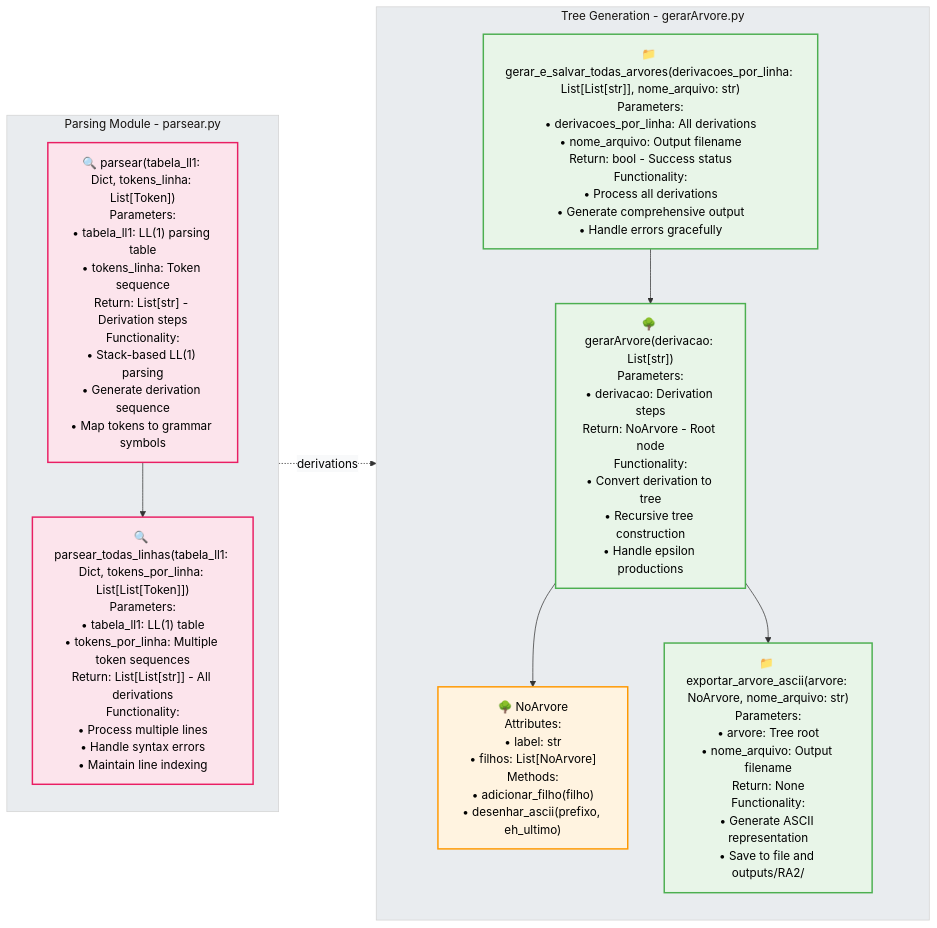
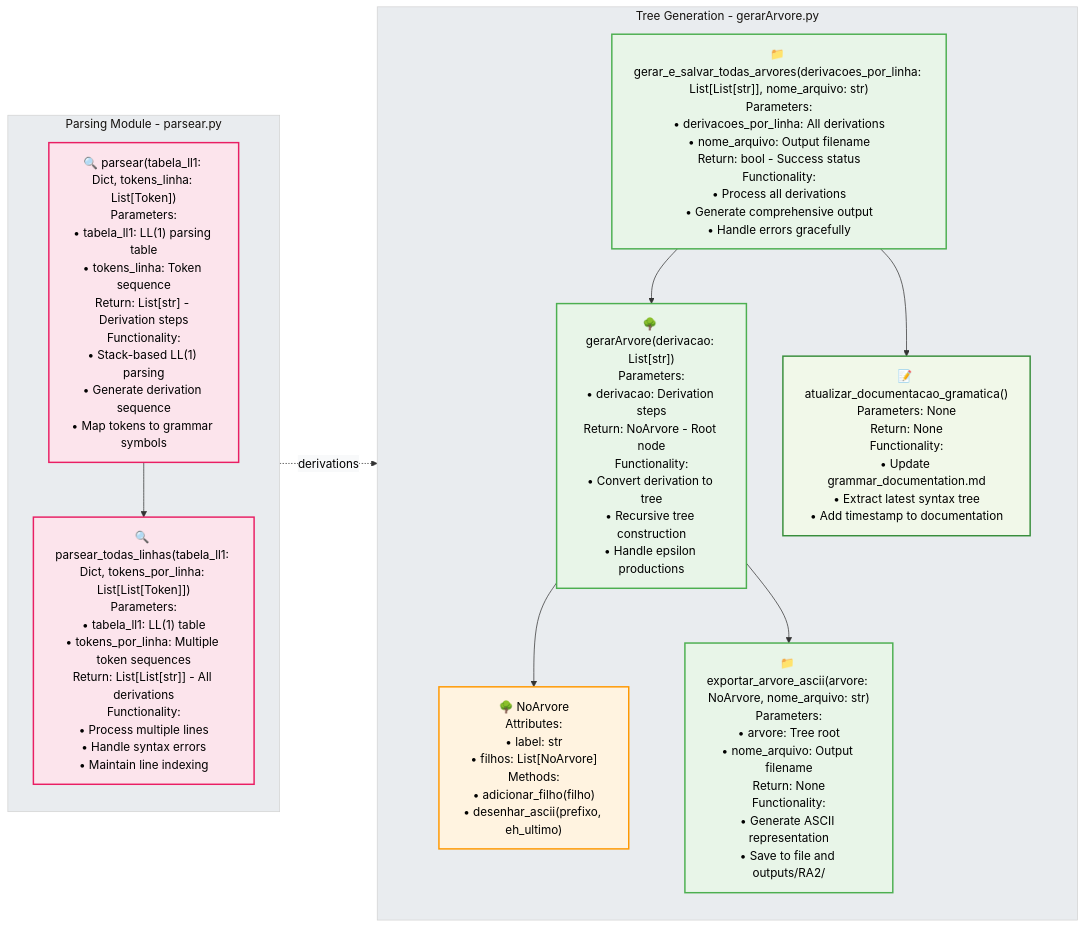
One commit to waifuisalie/RA2_1 changed the fourth of 6 diagrams in flowcharts/RA2/RA2_Function_Interfaces.md. Above: the diagram before and after it, drawn with Mermaid. The commit also changed other lines of this file and 2 other files, not shown here.

Commit message:
updating the flowcharts with the new function that updates the grammar_documentation.md

````diff
--- a/flowcharts/RA2/RA2_Function_Interfaces.md
+++ b/flowcharts/RA2/RA2_Function_Interfaces.md
@@ -170,35 +172,40 @@
 ```mermaid
 %%{init: {'theme':'base', 'themeVariables': { 'primaryColor': '#ffffff', 'primaryTextColor': '#000000', 'primaryBorderColor': '#333333', 'lineColor': '#333333', 'secondaryColor': '#f8f9fa', 'tertiaryColor': '#e9ecef'}}}%%
 graph LR
     subgraph "Parsing Module - parsear.py"
         direction TB
         A["🔍 parsear(tabela_ll1: Dict, tokens_linha: List[Token])<br/>Parameters:<br/>• tabela_ll1: LL(1) parsing table<br/>• tokens_linha: Token sequence<br/>Return: List[str] - Derivation steps<br/>Functionality:<br/>• Stack-based LL(1) parsing<br/>• Generate derivation sequence<br/>• Map tokens to grammar symbols"]
 
         B["🔍 parsear_todas_linhas(tabela_ll1: Dict, tokens_por_linha: List[List[Token]])<br/>Parameters:<br/>• tabela_ll1: LL(1) table<br/>• tokens_por_linha: Multiple token sequences<br/>Return: List[List[str]] - All derivations<br/>Functionality:<br/>• Process multiple lines<br/>• Handle syntax errors<br/>• Maintain line indexing"]
     end
 
     subgraph "Tree Generation - gerarArvore.py"
         direction TB
         C["🌳 NoArvore<br/>Attributes:<br/>• label: str<br/>• filhos: List[NoArvore]<br/>Methods:<br/>• adicionar_filho(filho)<br/>• desenhar_ascii(prefixo, eh_ultimo)"]
 
         D["🌳 gerarArvore(derivacao: List[str])<br/>Parameters:<br/>• derivacao: Derivation steps<br/>Return: NoArvore - Root node<br/>Functionality:<br/>• Convert derivation to tree<br/>• Recursive tree construction<br/>• Handle epsilon productions"]
 
         E["📁 exportar_arvore_ascii(arvore: NoArvore, nome_arquivo: str)<br/>Parameters:<br/>• arvore: Tree root<br/>• nome_arquivo: Output filename<br/>Return: None<br/>Functionality:<br/>• Generate ASCII representation<br/>• Save to file and outputs/RA2/"]
 
         F["📁 gerar_e_salvar_todas_arvores(derivacoes_por_linha: List[List[str]], nome_arquivo: str)<br/>Parameters:<br/>• derivacoes_por_linha: All derivations<br/>• nome_arquivo: Output filename<br/>Return: bool - Success status<br/>Functionality:<br/>• Process all derivations<br/>• Generate comprehensive output<br/>• Handle errors gracefully"]
+
+        G["📝 atualizar_documentacao_gramatica()<br/>Parameters: None<br/>Return: None<br/>Functionality:<br/>• Update grammar_documentation.md<br/>• Extract latest syntax tree<br/>• Add timestamp to documentation"]
     end
 
     A --> B
     D --> C
     D --> E
     F --> D
+    F --> G
     B -.->|"derivations"| F
 
     classDef parseFunc fill:#fce4ec,stroke:#e91e63,stroke-width:2px
     classDef treeFunc fill:#e8f5e8,stroke:#4caf50,stroke-width:2px
     classDef dataClass fill:#fff3e0,stroke:#ff9800,stroke-width:2px
+    classDef docFunc fill:#f1f8e9,stroke:#388e3c,stroke-width:2px
 
     class A,B parseFunc
     class D,E,F treeFunc
     class C dataClass
+    class G docFunc
 ```
````
